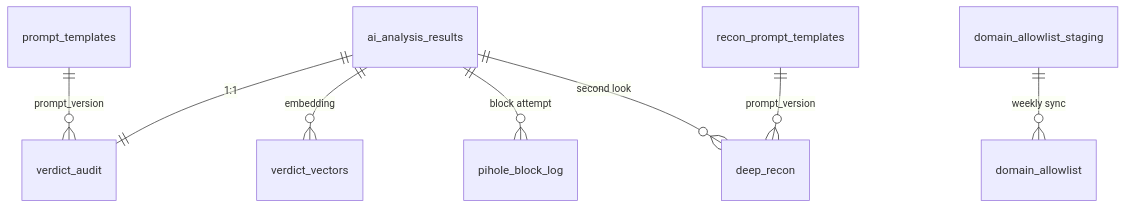
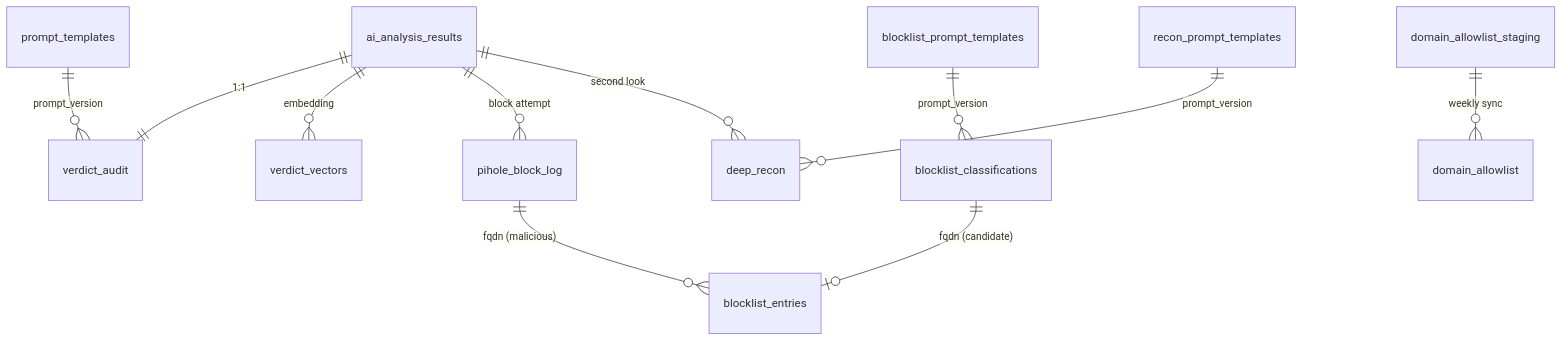
One commit to lukaszFD/cyber-sentinel changed the second of 2 diagrams in docs/database.md. Above: the diagram before and after it, drawn with Mermaid. The commit also changed other lines of this file and 17 other files, not shown here.

Commit message:
Own blocklists: DB schema, n8n workflows, AI Config UI, docs

````diff
--- a/docs/database.md
+++ b/docs/database.md
@@ -68,10 +69,13 @@
 ```mermaid
 erDiagram
     ai_analysis_results ||--|| verdict_audit : "1:1"
     ai_analysis_results ||--o{ verdict_vectors : "embedding"
     ai_analysis_results ||--o{ pihole_block_log : "block attempt"
     ai_analysis_results ||--o{ deep_recon : "second look"
     prompt_templates ||--o{ verdict_audit : "prompt_version"
     recon_prompt_templates ||--o{ deep_recon : "prompt_version"
+    blocklist_prompt_templates ||--o{ blocklist_classifications : "prompt_version"
+    blocklist_classifications ||--o| blocklist_entries : "fqdn (candidate)"
+    pihole_block_log ||--o{ blocklist_entries : "fqdn (malicious)"
     domain_allowlist_staging ||--o{ domain_allowlist : "weekly sync"
 ```
````
